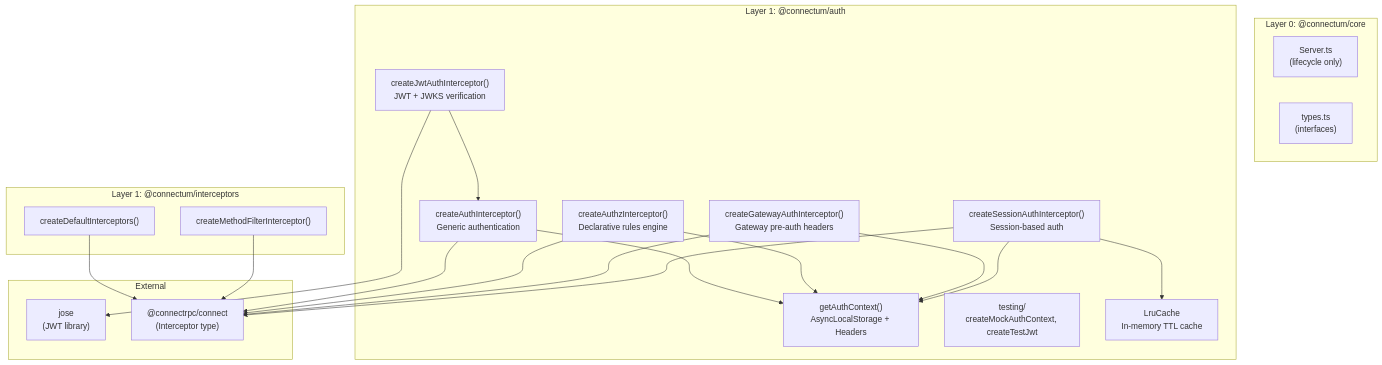
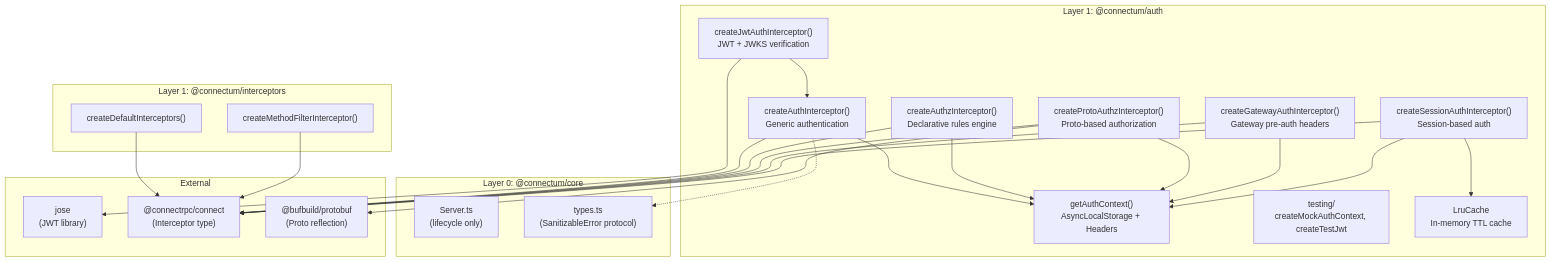
Before and after one commit to Connectum-Framework/docs: the first of 2 diagrams in en/contributing/adr/024-auth-authz-strategy.md, drawn with Mermaid. The commit also changed other lines of this file and 4 other files, not shown here.

````diff
--- a/en/contributing/adr/024-auth-authz-strategy.md
+++ b/en/contributing/adr/024-auth-authz-strategy.md
@@ -322,42 +363,48 @@
 ```mermaid
 graph TB
     subgraph "Layer 0: @connectum/core"
         Server["Server.ts<br/>(lifecycle only)"]
-        Types["types.ts<br/>(interfaces)"]
+        Types["types.ts<br/>(SanitizableError protocol)"]
     end
 
     subgraph "Layer 1: @connectum/auth"
         AuthInt["createAuthInterceptor()<br/>Generic authentication"]
         JwtAuth["createJwtAuthInterceptor()<br/>JWT + JWKS verification"]
         Authz["createAuthzInterceptor()<br/>Declarative rules engine"]
+        ProtoAuthz["createProtoAuthzInterceptor()<br/>Proto-based authorization"]
         Context["getAuthContext()<br/>AsyncLocalStorage + Headers"]
         TestUtils["testing/<br/>createMockAuthContext, createTestJwt"]
         GatewayAuth["createGatewayAuthInterceptor()<br/>Gateway pre-auth headers"]
         SessionAuth["createSessionAuthInterceptor()<br/>Session-based auth"]
         Cache["LruCache<br/>In-memory TTL cache"]
     end
 
     subgraph "Layer 1: @connectum/interceptors"
         Defaults["createDefaultInterceptors()"]
         MethodFilter["createMethodFilterInterceptor()"]
     end
 
     subgraph "External"
         Jose["jose<br/>(JWT library)"]
         ConnectRPC["@connectrpc/connect<br/>(Interceptor type)"]
+        BufProtobuf["@bufbuild/protobuf<br/>(Proto reflection)"]
     end
 
     JwtAuth --> AuthInt
     JwtAuth --> Jose
     AuthInt --> Context
     AuthInt --> ConnectRPC
     Authz --> Context
     Authz --> ConnectRPC
+    ProtoAuthz --> Context
+    ProtoAuthz --> BufProtobuf
+    ProtoAuthz --> ConnectRPC
     GatewayAuth --> Context
     GatewayAuth --> ConnectRPC
     SessionAuth --> Context
     SessionAuth --> Cache
     SessionAuth --> ConnectRPC
     Defaults --> ConnectRPC
     MethodFilter --> ConnectRPC
+    AuthInt -.-> Types
 ```
````
